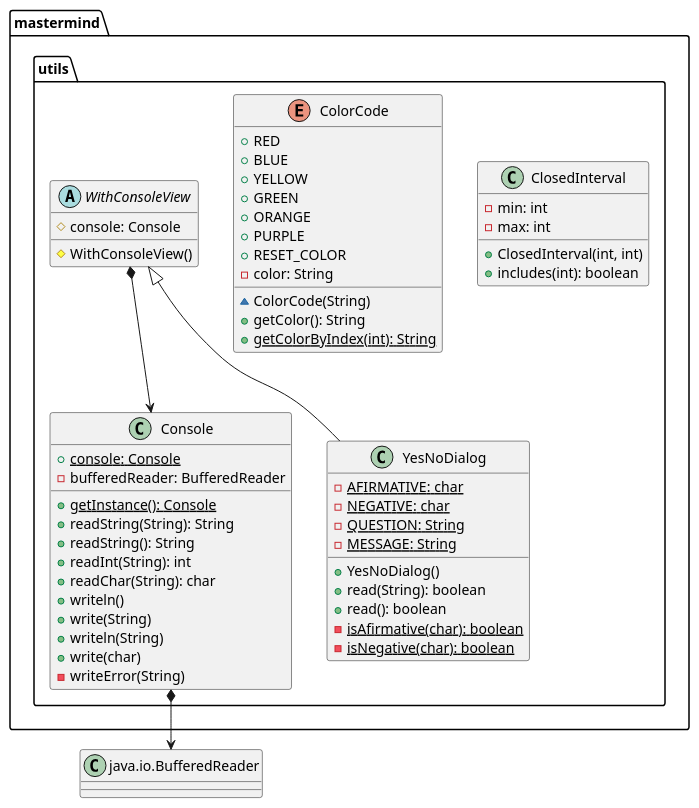
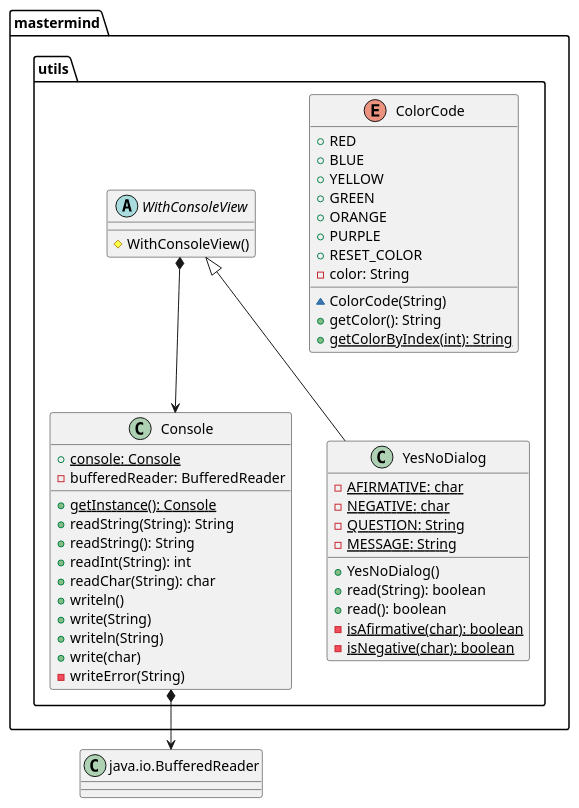
The fourth of 4 diagrams in documentView/console/docs/diagrams/src/paquetes.plantuml (SantaTecla-mastermind/solution.java.swing.socket.sql), drawn with PlantUML before and after one commit. The commit also changed other lines of this file and 2 other files, not shown here.

Commit message:
Finalizada versión documentView-console

```diff
--- a/documentView/console/docs/diagrams/src/paquetes.plantuml
+++ b/documentView/console/docs/diagrams/src/paquetes.plantuml
@@ -202,59 +200,51 @@
 @startuml mastermind.utils
 class BufferedReader as "java.io.BufferedReader"{}
-
-class  mastermind.utils.ClosedInterval{
-- min: int
-- max: int
-+ ClosedInterval(int, int)
-+ includes(int): boolean
-}
 
 enum mastermind.utils.ColorCode{
 + RED
 + BLUE
 + YELLOW
 + GREEN
 + ORANGE
 + PURPLE
 + RESET_COLOR
 - color: String
 ~ ColorCode(String)
 + getColor(): String
 + {static} getColorByIndex(int): String
 }
 
 class  mastermind.utils.Console{
 + {static} console: Console
 - bufferedReader: BufferedReader
 + {static} getInstance(): Console
 + readString(String): String
 + readString(): String
 + readInt(String): int
 + readChar(String): char
 + writeln()
 + write(String)
 + writeln(String)
 + write(char)
 - writeError(String)
 }
 mastermind.utils.Console *-down-> BufferedReader
 
 abstract class mastermind.utils.WithConsoleView{
-# console: Console
 # WithConsoleView()
 }
 mastermind.utils.WithConsoleView *-down-> mastermind.utils.Console
 
 class  mastermind.utils.YesNoDialog{
 - {static} AFIRMATIVE: char
 - {static} NEGATIVE: char
 - {static} QUESTION: String
 - {static} MESSAGE: String
 + YesNoDialog()
 + read(String): boolean
 + read(): boolean
 - {static} isAfirmative(char): boolean
 - {static} isNegative(char): boolean
 }
 mastermind.utils.WithConsoleView <|-down- mastermind.utils.YesNoDialog
 @enduml
```
